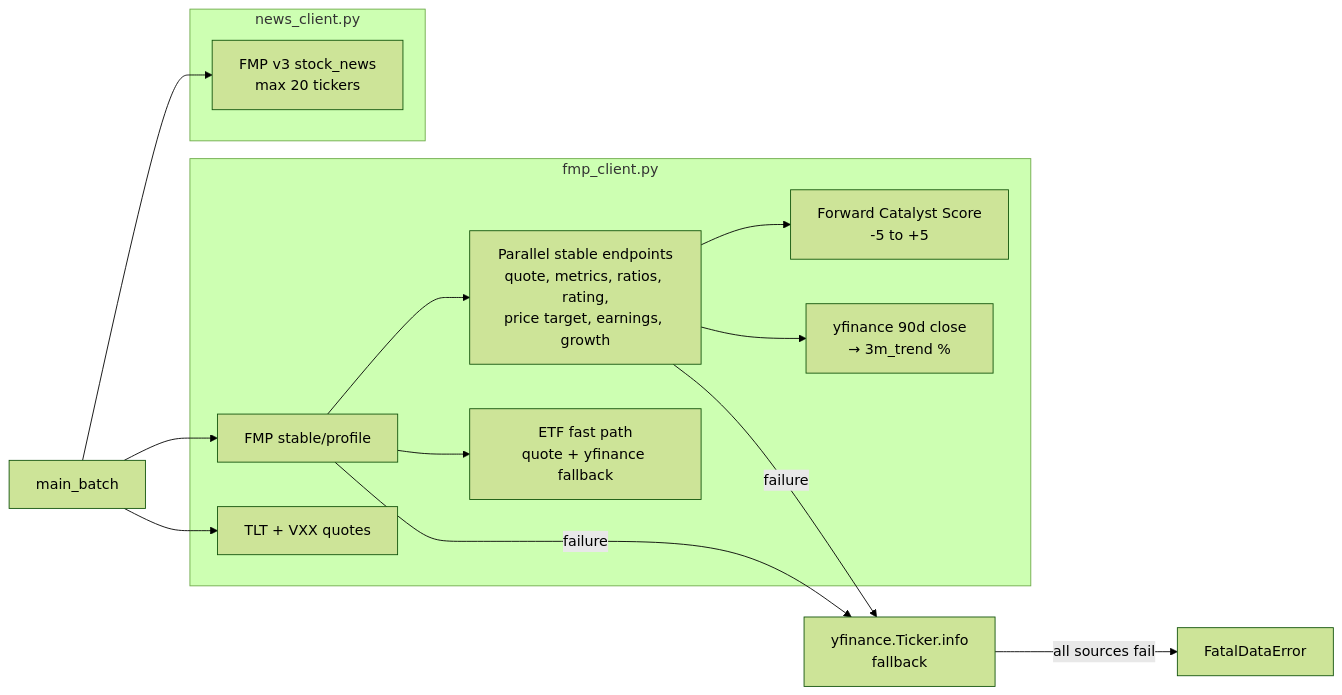
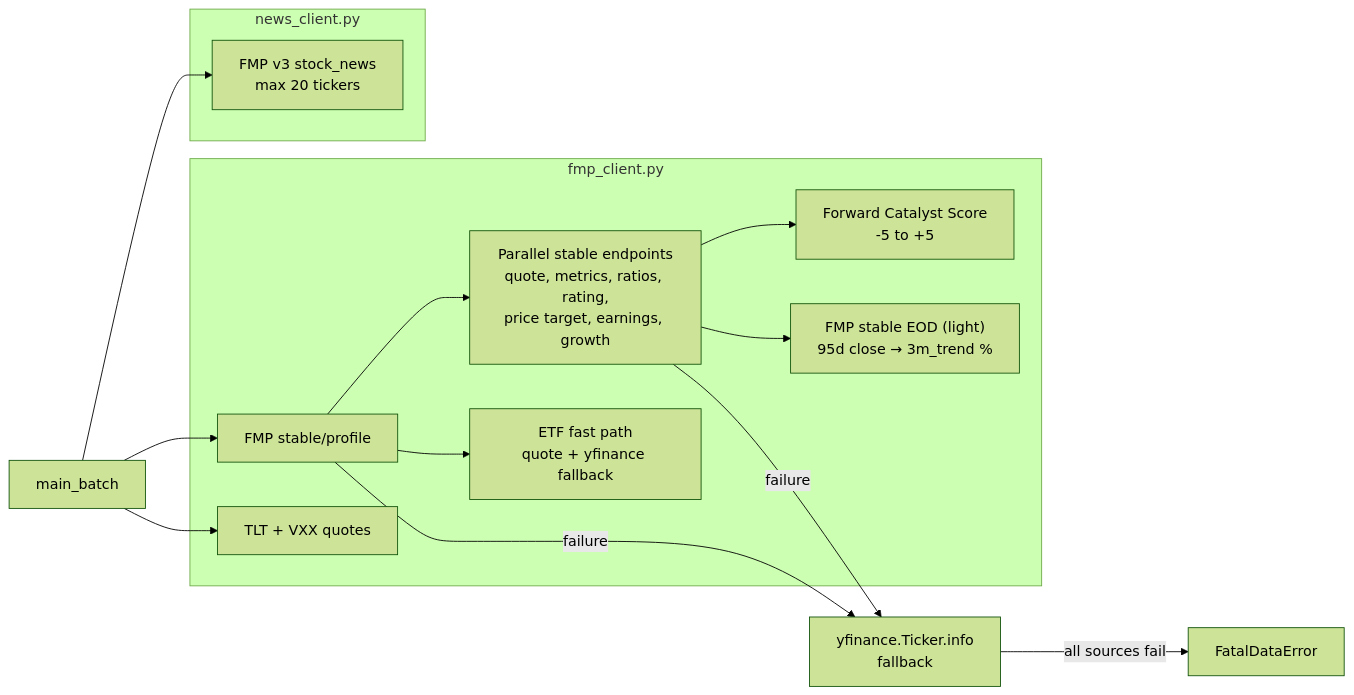
One commit to stanchernov-ai/invest changed the fourth of 4 diagrams in docs/technical_solution.md. Above: the diagram before and after it, drawn with Mermaid (forest theme). The commit also changed other lines of this file and 2 other files, not shown here.

First line of the commit message:
Source 3M momentum from FMP instead of yfinance

````diff
--- a/docs/technical_solution.md
+++ b/docs/technical_solution.md
@@ -290,26 +290,26 @@
 ```mermaid
 flowchart LR
     subgraph fmp_client["fmp_client.py"]
         Profile["FMP stable/profile"]
         Parallel["Parallel stable endpoints\nquote, metrics, ratios, rating,\nprice target, earnings, growth"]
         ETF["ETF fast path\nquote + yfinance fallback"]
         FCS["Forward Catalyst Score\n-5 to +5"]
-        Momentum["yfinance 90d close\n→ 3m_trend %"]
+        Momentum["FMP stable EOD (light)\n95d close → 3m_trend %"]
         Macro["TLT + VXX quotes"]
     end
 
     subgraph news_client["news_client.py"]
         News["FMP v3 stock_news\nmax 20 tickers"]
     end
 
     Main["main_batch"] --> Macro
     Main --> News
     Main --> Profile
     Profile --> ETF
     Profile --> Parallel
     Parallel --> Momentum
     Parallel --> FCS
     Profile -->|failure| YF["yfinance.Ticker.info\nfallback"]
     Parallel -->|failure| YF
     YF -->|all sources fail| Fatal["FatalDataError"]
 ```
````
